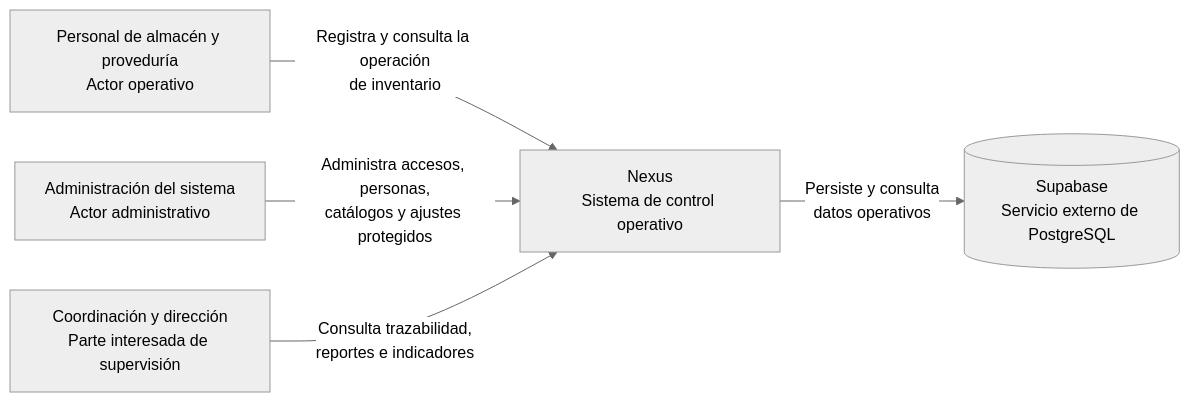
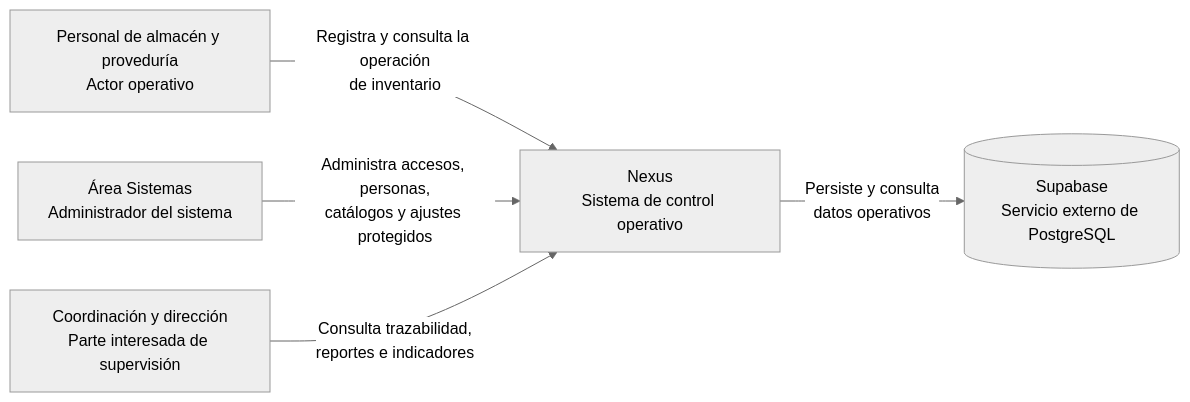
The first of 6 diagrams in docs/architecture/architecture-and-web-views/02-architecture-of-the-system.md (gpgsistemas01/nexus), drawn with Mermaid (neutral theme) before and after one commit. The commit also changed 89 other files, not shown here.

````diff
--- a/docs/architecture/architecture-and-web-views/02-architecture-of-the-system.md
+++ b/docs/architecture/architecture-and-web-views/02-architecture-of-the-system.md
@@ -12,13 +12,13 @@
 ```mermaid
 flowchart LR
     warehouse["Personal de almacén y proveduría<br/>Actor operativo"]
-    administration["Administración del sistema<br/>Actor administrativo"]
+    systems["Área Sistemas<br/>Administrador del sistema"]
     management["Coordinación y dirección<br/>Parte interesada de supervisión"]
     nexus["Nexus<br/>Sistema de control operativo"]
     supabase[("Supabase<br/>Servicio externo de PostgreSQL")]
 
     warehouse -->|"Registra y consulta la operación<br/>de inventario"| nexus
-    administration -->|"Administra accesos, personas,<br/>catálogos y ajustes protegidos"| nexus
+    systems -->|"Administra accesos, personas,<br/>catálogos y ajustes protegidos"| nexus
     management -->|"Consulta trazabilidad,<br/>reportes e indicadores"| nexus
     nexus -->|"Persiste y consulta<br/>datos operativos"| supabase
 ```
````
